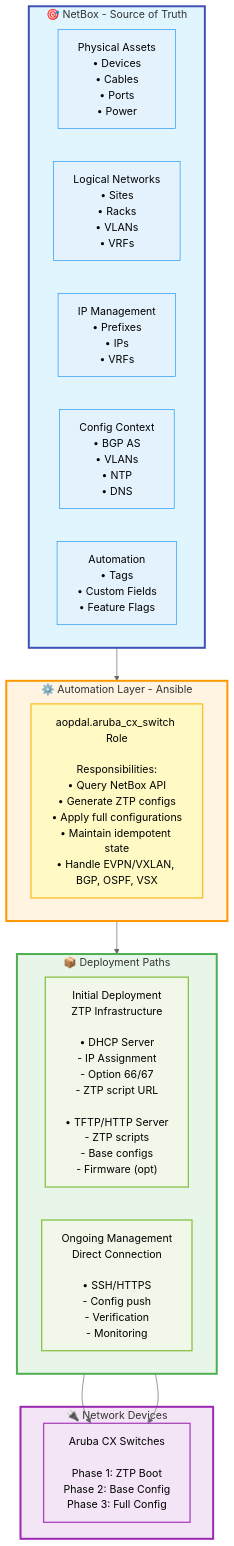
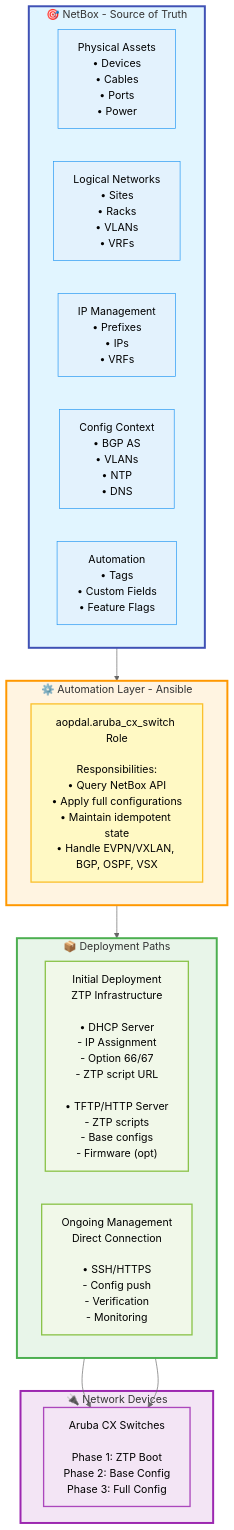
Before and after one commit to aopdal/ansible-role-aruba-cx-switch: the first of 3 diagrams in docs/AUTOMATION_ECOSYSTEM.md, drawn with Mermaid (neutral theme). The commit also changed other lines of this file and 19 other files, not shown here.

````diff
--- a/docs/AUTOMATION_ECOSYSTEM.md
+++ b/docs/AUTOMATION_ECOSYSTEM.md
@@ -18,44 +18,44 @@
 ```mermaid
 graph TB
     subgraph NetBox["🎯 NetBox - Source of Truth"]
         direction LR
         NB1["Physical Assets<br/>• Devices<br/>• Cables<br/>• Ports<br/>• Power"]
         NB2["Logical Networks<br/>• Sites<br/>• Racks<br/>• VLANs<br/>• VRFs"]
         NB3["IP Management<br/>• Prefixes<br/>• IPs<br/>• VRFs"]
         NB4["Config Context<br/>• BGP AS<br/>• VLANs<br/>• NTP<br/>• DNS"]
         NB5["Automation<br/>• Tags<br/>• Custom Fields<br/>• Feature Flags"]
     end
 
     subgraph Ansible["⚙️ Automation Layer - Ansible"]
-        Role["aopdal.aruba_cx_switch Role<br/><br/>Responsibilities:<br/>• Query NetBox API<br/>• Generate ZTP configs<br/>• Apply full configurations<br/>• Maintain idempotent state<br/>• Handle EVPN/VXLAN, BGP, OSPF, VSX"]
+        Role["aopdal.aruba_cx_switch Role<br/><br/>Responsibilities:<br/>• Query NetBox API<br/>• Apply full configurations<br/>• Maintain idempotent state<br/>• Handle EVPN/VXLAN, BGP, OSPF, VSX"]
     end
 
     subgraph Deploy["📦 Deployment Paths"]
         direction LR
         ZTP["Initial Deployment<br/>ZTP Infrastructure<br/><br/>• DHCP Server<br/>  - IP Assignment<br/>  - Option 66/67<br/>  - ZTP script URL<br/><br/>• TFTP/HTTP Server<br/>  - ZTP scripts<br/>  - Base configs<br/>  - Firmware (opt)"]
         Direct["Ongoing Management<br/>Direct Connection<br/><br/>• SSH/HTTPS<br/>  - Config push<br/>  - Verification<br/>  - Monitoring"]
     end
 
     subgraph Switches["🔌 Network Devices"]
         SW["Aruba CX Switches<br/><br/>Phase 1: ZTP Boot<br/>Phase 2: Base Config<br/>Phase 3: Full Config"]
     end
 
     NetBox --> Ansible
     Ansible --> Deploy
     ZTP --> SW
     Direct --> SW
 
     style NetBox fill:#e1f5ff,stroke:#3f51b5,stroke-width:3px
     style Ansible fill:#fff4e1,stroke:#ff9800,stroke-width:3px
     style Deploy fill:#e8f5e9,stroke:#4caf50,stroke-width:3px
     style Switches fill:#f3e5f5,stroke:#9c27b0,stroke-width:3px
     style NB1 fill:#e3f2fd,stroke:#2196f3,stroke-width:1px
     style NB2 fill:#e3f2fd,stroke:#2196f3,stroke-width:1px
     style NB3 fill:#e3f2fd,stroke:#2196f3,stroke-width:1px
     style NB4 fill:#e3f2fd,stroke:#2196f3,stroke-width:1px
     style NB5 fill:#e3f2fd,stroke:#2196f3,stroke-width:1px
     style Role fill:#fff9c4,stroke:#fbc02d,stroke-width:2px
     style ZTP fill:#f1f8e9,stroke:#8bc34a,stroke-width:2px
     style Direct fill:#f1f8e9,stroke:#8bc34a,stroke-width:2px
     style SW fill:#f3e5f5,stroke:#ab47bc,stroke-width:2px
 ```
````
